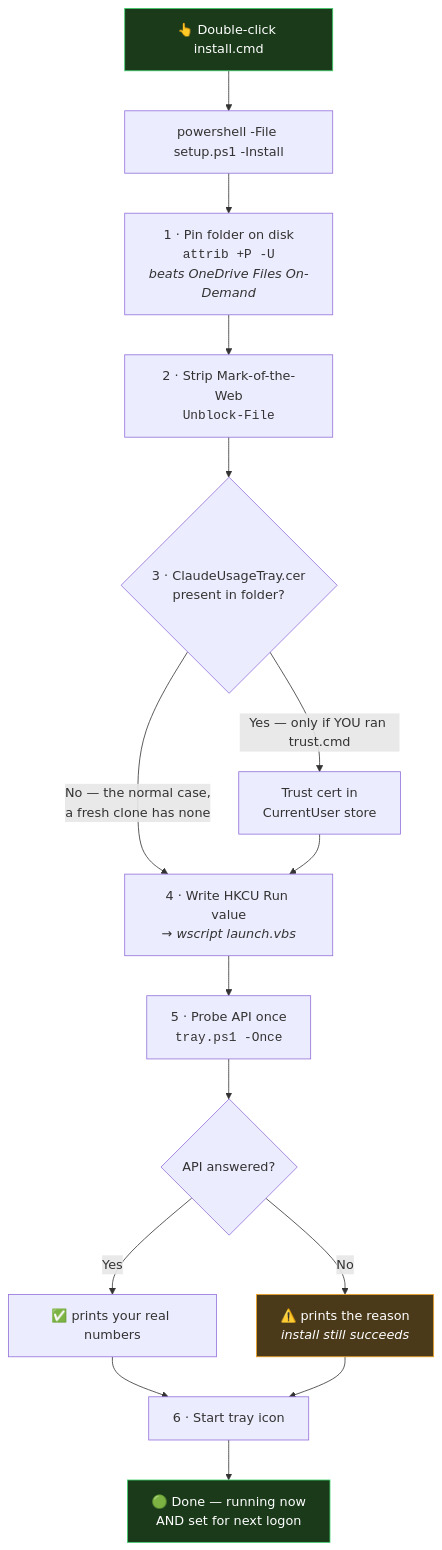
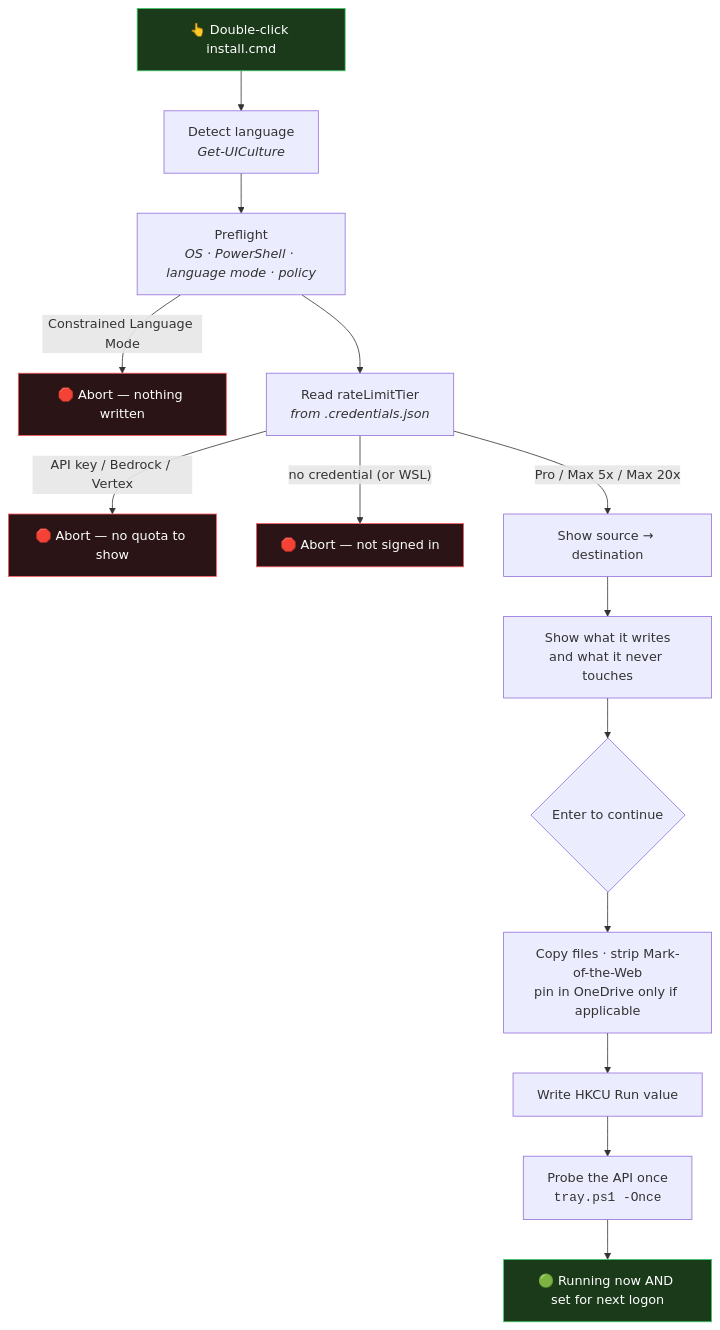
The second of 6 diagrams in README.md (EdvardKS/claudeUsageWindows), drawn with Mermaid before and after one commit. The commit also changed other lines of this file and 1 other file, not shown here.

````diff
--- a/README.md
+++ b/README.md
@@ -124,21 +193,22 @@
 ```mermaid
 flowchart TD
-    A["👆 Double-click install.cmd"] --> B["powershell -File setup.ps1 -Install"]
-    B --> C["1 · Pin folder on disk<br/><code>attrib +P -U</code><br/><i>beats OneDrive Files On-Demand</i>"]
-    C --> D["2 · Strip Mark-of-the-Web<br/><code>Unblock-File</code>"]
-    D --> E{"3 · ClaudeUsageTray.cer<br/>present in folder?"}
-    E -->|"No — the normal case,<br/>a fresh clone has none"| G
-    E -->|"Yes — only if YOU ran trust.cmd"| F["Trust cert in<br/>CurrentUser store"]
-    F --> G["4 · Write HKCU Run value<br/><i>→ wscript launch.vbs</i>"]
-    G --> H["5 · Probe API once<br/><code>tray.ps1 -Once</code>"]
-    H --> I{"API answered?"}
-    I -->|Yes| J["✅ prints your real numbers"]
-    I -->|No| K["⚠️ prints the reason<br/><i>install still succeeds</i>"]
-    J --> L["6 · Start tray icon"]
-    K --> L
-    L --> M["🟢 Done — running now<br/>AND set for next logon"]
+    A["👆 Double-click install.cmd"] --> B["Detect language<br/><i>Get-UICulture</i>"]
+    B --> C["Preflight<br/><i>OS · PowerShell · language mode · policy</i>"]
+    C -->|"Constrained Language Mode"| X1["🛑 Abort — nothing written"]
+    C --> D["Read rateLimitTier<br/><i>from .credentials.json</i>"]
+    D -->|"API key / Bedrock / Vertex"| X2["🛑 Abort — no quota to show"]
+    D -->|"no credential (or WSL)"| X3["🛑 Abort — not signed in"]
+    D -->|"Pro / Max 5x / Max 20x"| E["Show source → destination"]
+    E --> F["Show what it writes<br/>and what it never touches"]
+    F --> G{"Enter to continue"}
+    G --> H["Copy files · strip Mark-of-the-Web<br/>pin in OneDrive only if applicable"]
+    H --> I["Write HKCU Run value"]
+    I --> J["Probe the API once<br/><code>tray.ps1 -Once</code>"]
+    J --> K["🟢 Running now AND set for next logon"]
 
     style A fill:#1a3a1a,stroke:#3ED16B,color:#fff
-    style M fill:#1a3a1a,stroke:#3ED16B,color:#fff
-    style K fill:#4a3a1a,stroke:#F5A623,color:#fff
+    style K fill:#1a3a1a,stroke:#3ED16B,color:#fff
+    style X1 fill:#2a1416,stroke:#FF5A5F,color:#fff
+    style X2 fill:#2a1416,stroke:#FF5A5F,color:#fff
+    style X3 fill:#2a1416,stroke:#FF5A5F,color:#fff
 ```
````
